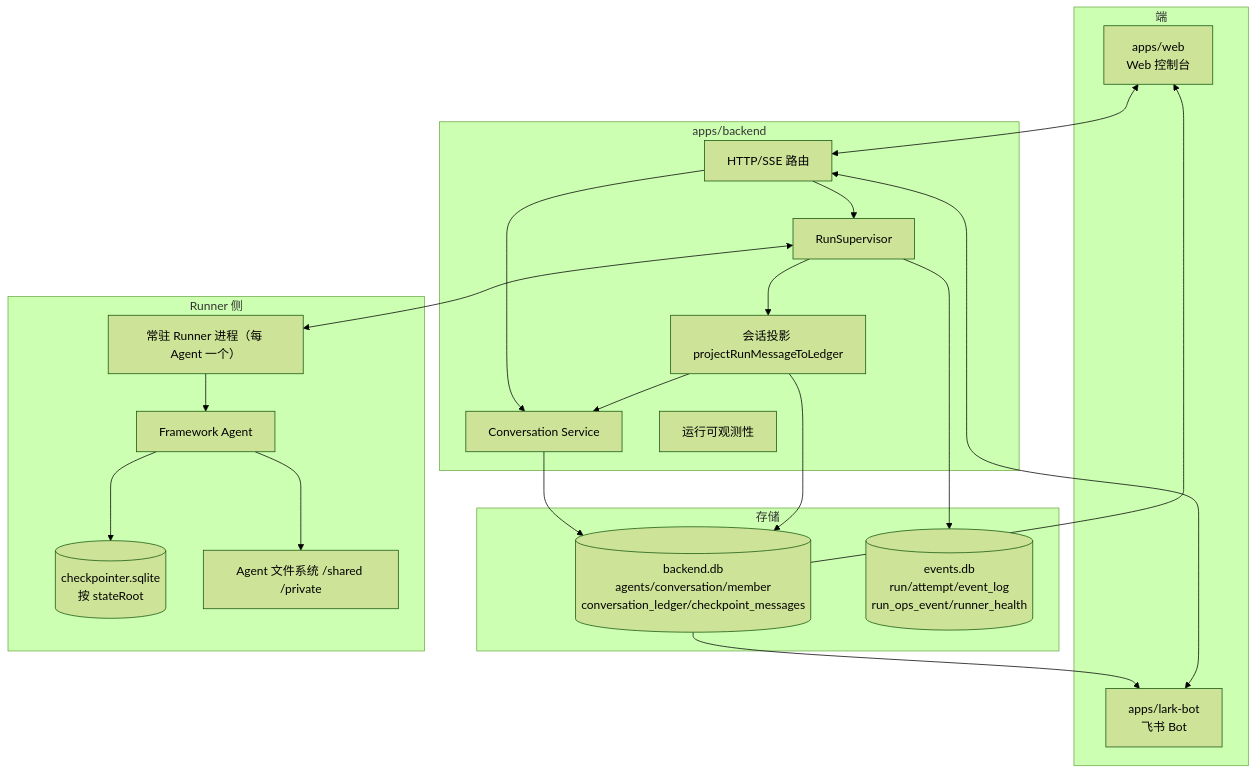
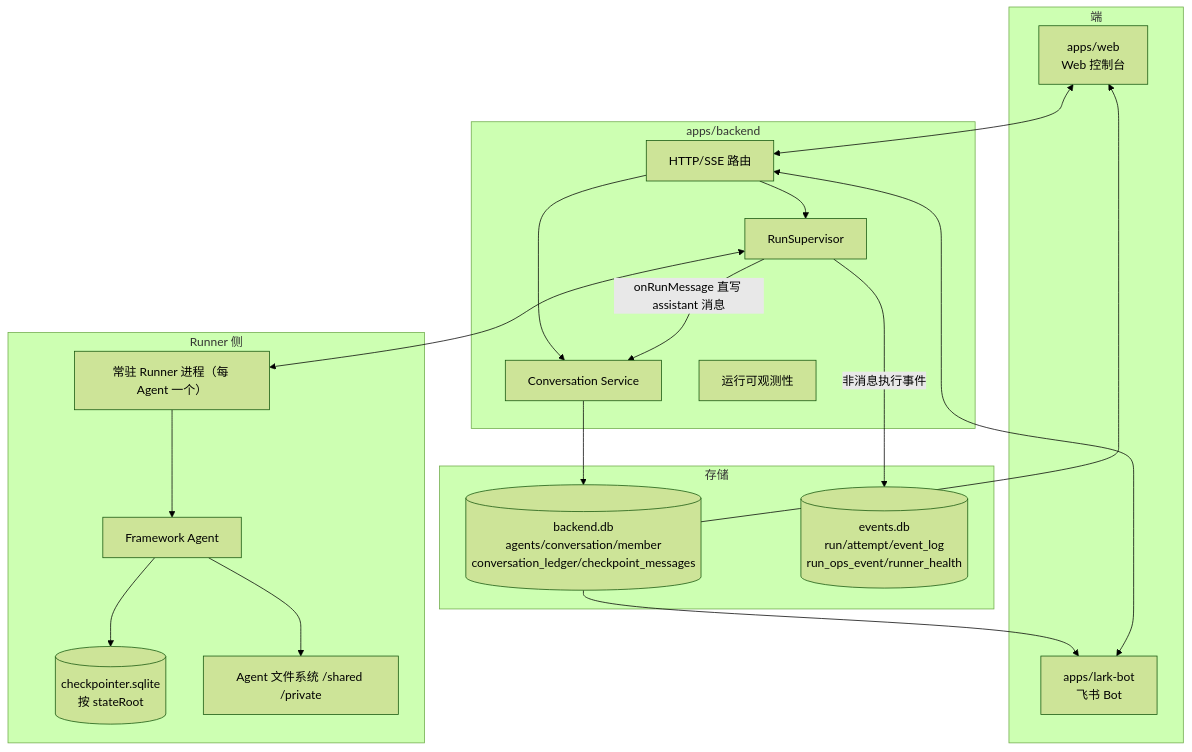
Before and after one commit to Chengchcc/my-agent-team: the first of 2 diagrams in docs/architecture/system-overview.md, drawn with Mermaid (forest theme). The commit also changed other lines of this file and 21 other files, not shown here.

First line of the commit message:
docs(docs): sync arch wiki to onRunMessage model, add Issue/Orchestrator pages

````diff
--- a/docs/architecture/system-overview.md
+++ b/docs/architecture/system-overview.md
@@ -31,43 +31,40 @@
 ```mermaid
 flowchart TB
   subgraph Surfaces[端]
     Web[apps/web\nWeb 控制台]
     Lark[apps/lark-bot\n飞书 Bot]
   end
 
   subgraph Backend[apps/backend]
     API[HTTP/SSE 路由]
     Conv[Conversation Service]
     Sup[RunSupervisor]
-    Proj[会话投影 projectRunMessageToLedger]
     Ops[运行可观测性]
   end
 
   subgraph Storage[存储]
     BDB[(backend.db\nagents/conversation/member\nconversation_ledger/checkpoint_messages)]
     EDB[(events.db\nrun/attempt/event_log\nrun_ops_event/runner_health)]
   end
 
   subgraph Runner[Runner 侧]
     Daemon[常驻 Runner 进程（每 Agent 一个）]
     Agent[Framework Agent]
     CKPT[(checkpointer.sqlite\n按 stateRoot)]
     AFS[Agent 文件系统 /shared /private]
   end
 
   Web <--> API
   Lark <--> API
   API --> Conv
   API --> Sup
   Conv --> BDB
-  Sup --> EDB
+  Sup -->|onRunMessage 直写 assistant 消息| Conv
+  Sup -->|非消息执行事件| EDB
   Sup <--> Daemon
   Daemon --> Agent
   Agent --> CKPT
   Agent --> AFS
-  Sup --> Proj
-  Proj --> Conv
-  Proj --> BDB
   BDB --> Web
   BDB --> Lark
 ```
````
